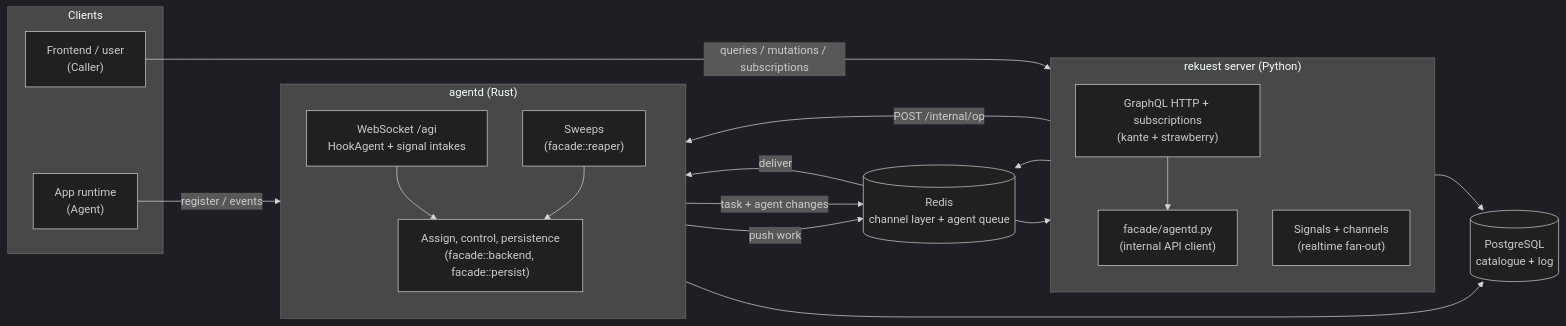
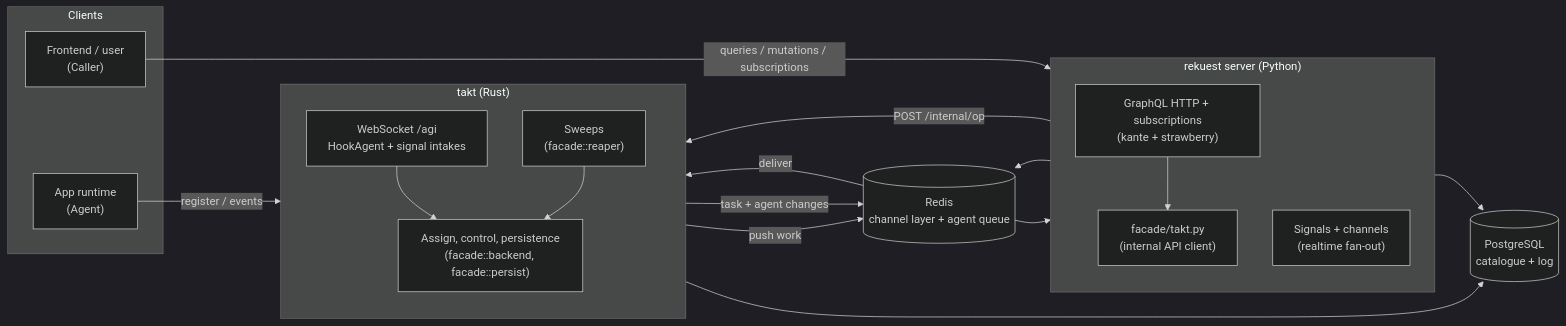
The diagram in docs/design/README.md (arkitektio/rekuest-server), drawn with Mermaid (dark theme) before and after one commit. The commit also changed other lines of this file and 287 other files, not shown here.

First line of the commit message:
refactor: agentd is takt, and upkeep runs on its clock

````diff
--- a/docs/design/README.md
+++ b/docs/design/README.md
@@ -37,38 +37,38 @@
 ```mermaid
 flowchart LR
     subgraph Clients
         FE["Frontend / user<br/>(Caller)"]
         AG["App runtime<br/>(Agent)"]
     end
 
     subgraph Server["rekuest server (Python)"]
         direction TB
         GQL["GraphQL HTTP + subscriptions<br/>(kante + strawberry)"]
-        CL["facade/agentd.py<br/>(internal API client)"]
+        CL["facade/takt.py<br/>(internal API client)"]
         SIG["Signals + channels<br/>(realtime fan-out)"]
     end
 
-    subgraph Agentd["agentd (Rust)"]
+    subgraph Takt["takt (Rust)"]
         direction TB
         WS["WebSocket /agi<br/>HookAgent + signal intakes"]
         BE["Assign, control, persistence<br/>(facade::backend, facade::persist)"]
         SW["Sweeps<br/>(facade::reaper)"]
     end
 
     PG[("PostgreSQL<br/>catalogue + log")]
     RD[("Redis<br/>channel layer + agent queue")]
 
     FE -- "queries / mutations / subscriptions" --> GQL
     AG -- "register / events" --> WS
     GQL --> CL
     CL -- "POST /internal/op" --> BE
     WS --> BE
     SW --> BE
     GQL --> PG
     BE --> PG
     BE -- "push work" --> RD
     RD -- "deliver" --> WS
     BE -- "task + agent changes" --> RD
     SIG --> RD
     RD --> GQL
 ```
````
